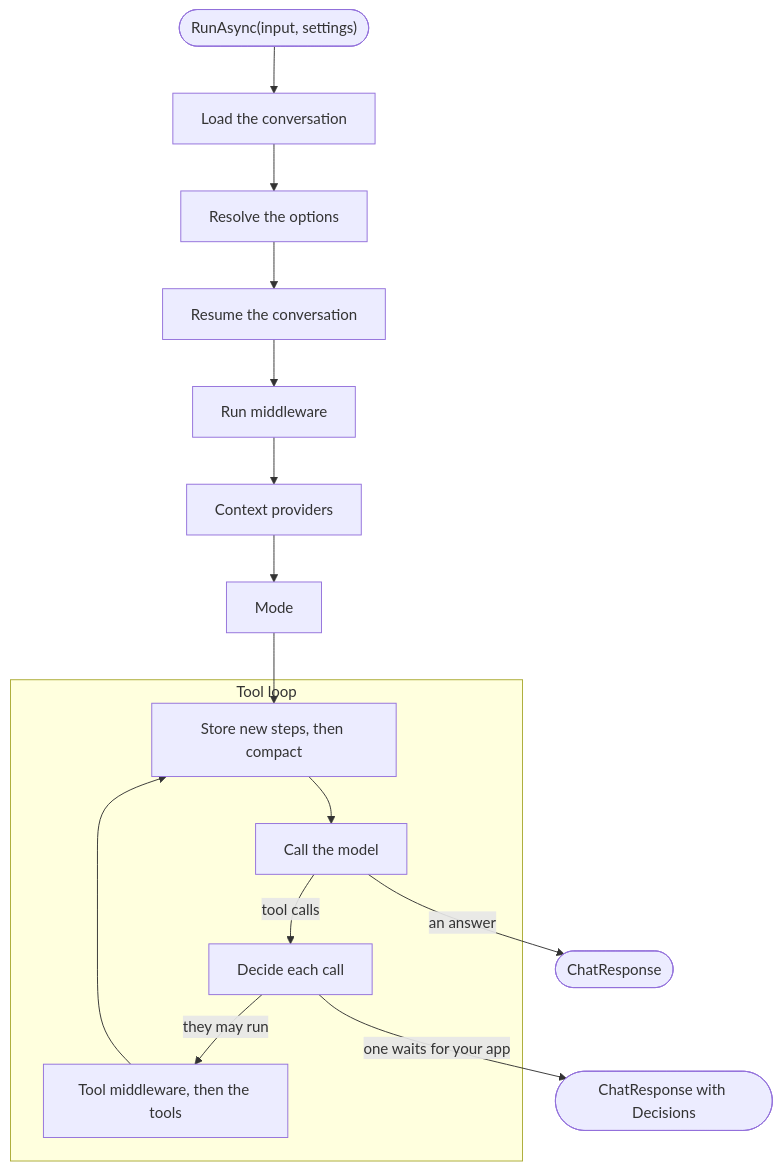
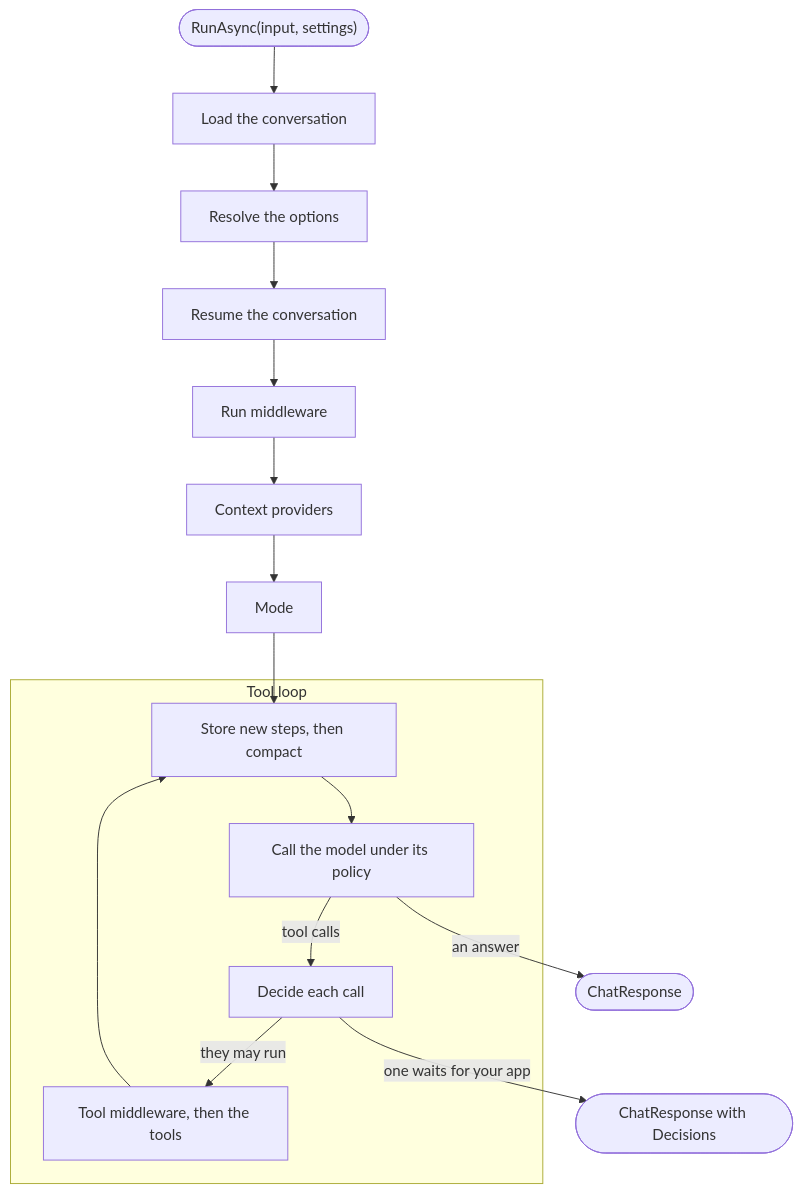
The diagram in docs/guide/how-a-run-works.md (weboost-at/Typeshift), drawn with Mermaid before and after one commit. The commit also changed other lines of this file and 54 other files, not shown here.

First line of the commit message:
Added ModelPolicyChatClient.cs, runs go by their model policy

````diff
--- a/docs/guide/how-a-run-works.md
+++ b/docs/guide/how-a-run-works.md
@@ -13,18 +13,18 @@
 ```mermaid
 flowchart TD
   start(["RunAsync(input, settings)"]) --> load[Load the conversation]
   load --> resolve[Resolve the options]
   resolve --> conversation[Resume the conversation]
   conversation --> middleware[Run middleware]
   middleware --> context[Context providers]
   context --> mode[Mode]
   mode --> before
   subgraph loop [Tool loop]
-    before[Store new steps, then compact] --> model[Call the model]
+    before[Store new steps, then compact] --> model[Call the model under its policy]
     model -->|tool calls| gate[Decide each call]
     gate -->|they may run| tools[Tool middleware, then the tools]
     tools --> before
   end
   gate -->|one waits for your app| asks([ChatResponse with Decisions])
   model -->|an answer| done([ChatResponse])
 ```
````
